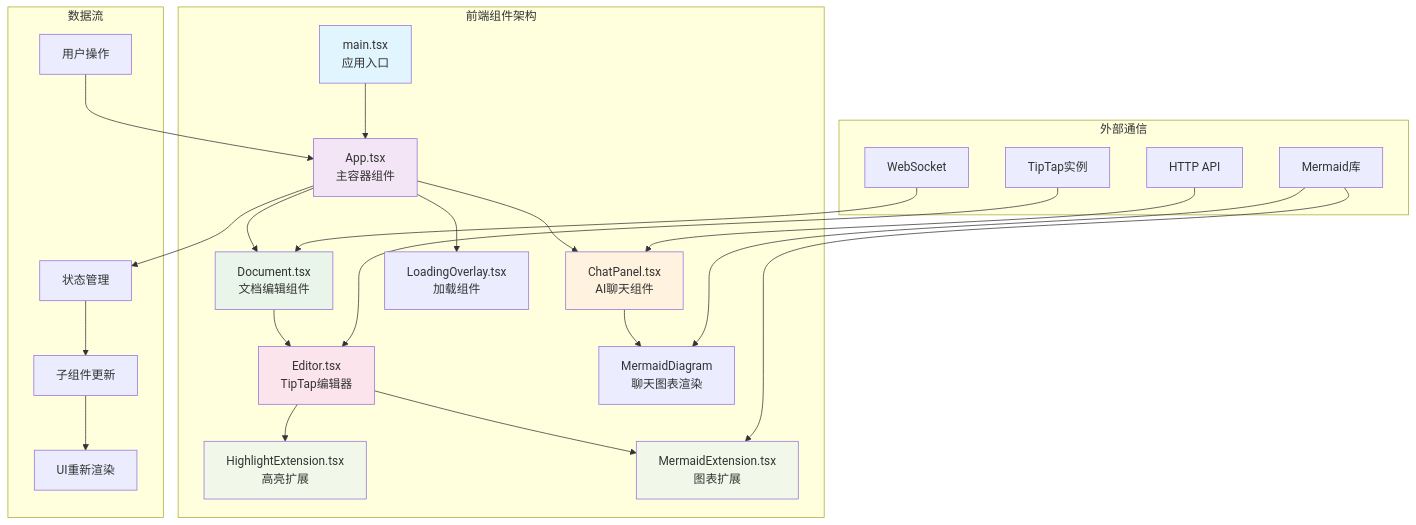
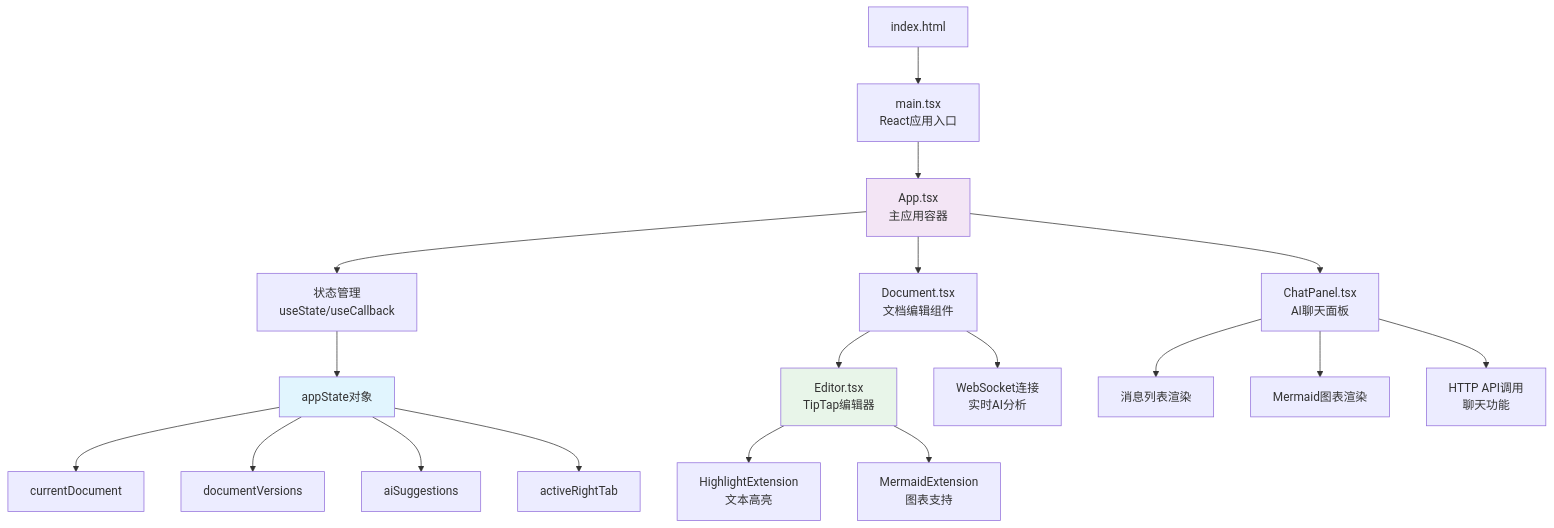
Before and after one commit to kailliang/Document-Intelligence: the second of 5 diagrams in SYSTEM_ARCHITECTURE.md, drawn with Mermaid. The commit also changed other lines of this file and 20 other files, not shown here.

First line of the commit message:
Add comprehensive AI analysis flow documentation and improve CLAUDE.md

````diff
--- a/SYSTEM_ARCHITECTURE.md
+++ b/SYSTEM_ARCHITECTURE.md
@@ -414,41 +140,28 @@
 ```mermaid
-graph TB
-    subgraph "前端组件架构"
-        A[main.tsx<br/>应用入口] --> B[App.tsx<br/>主容器组件]
-        
-        B --> C[Document.tsx<br/>文档编辑组件]
-        B --> D[ChatPanel.tsx<br/>AI聊天组件]
-        
-        C --> E[Editor.tsx<br/>TipTap编辑器]
-        
-        E --> F[HighlightExtension.tsx<br/>高亮扩展]
-        E --> G[MermaidExtension.tsx<br/>图表扩展]
-        
-        B --> H[LoadingOverlay.tsx<br/>加载组件]
-        
-        D --> I[MermaidDiagram<br/>聊天图表渲染]
-        
-        style A fill:#e1f5fe
-        style B fill:#f3e5f5
-        style C fill:#e8f5e8
-        style D fill:#fff3e0
-        style E fill:#fce4ec
-        style F fill:#f1f8e9
-        style G fill:#f1f8e9
-    end
+graph TD
+    A[index.html] --> B[main.tsx<br/>React应用入口]
+    B --> C[App.tsx<br/>主应用容器]
     
-    subgraph "数据流"
-        J[用户操作] --> B
-        B --> K[状态管理]
-        K --> L[子组件更新]
-        L --> M[UI重新渲染]
-    end
+    C --> D[状态管理<br/>useState/useCallback]
+    D --> E[appState对象]
+    E --> E1[currentDocument]
+    E --> E2[documentVersions]
+    E --> E3[aiSuggestions]
+    E --> E4[activeRightTab]
     
-    subgraph "外部通信"
-        N[WebSocket] --> C
-        O[HTTP API] --> D
-        P[TipTap实例] --> E
-        Q[Mermaid库] --> G
-        Q --> I
-    end
+    C --> F[Document.tsx<br/>文档编辑组件]
+    F --> G[Editor.tsx<br/>TipTap编辑器]
+    G --> H[HighlightExtension<br/>文本高亮]
+    G --> I[MermaidExtension<br/>图表支持]
+    
+    C --> J[ChatPanel.tsx<br/>AI聊天面板]
+    J --> K[消息列表渲染]
+    J --> L[Mermaid图表渲染]
+    
+    F --> M[WebSocket连接<br/>实时AI分析]
+    J --> N[HTTP API调用<br/>聊天功能]
+    
+    style C fill:#f3e5f5
+    style E fill:#e1f5fe
+    style G fill:#e8f5e9
 ```
````
